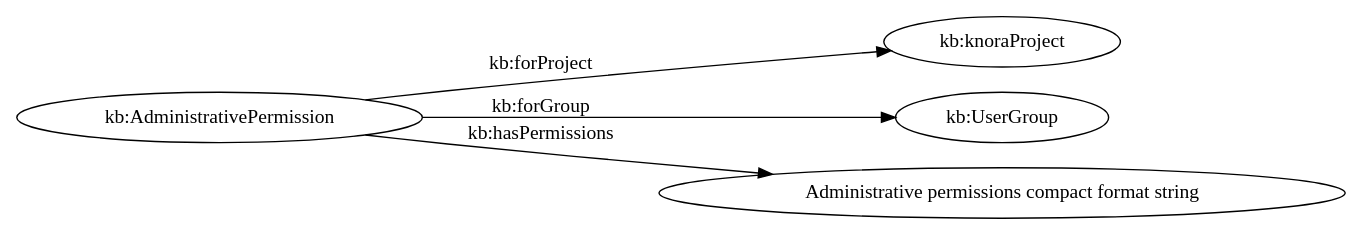
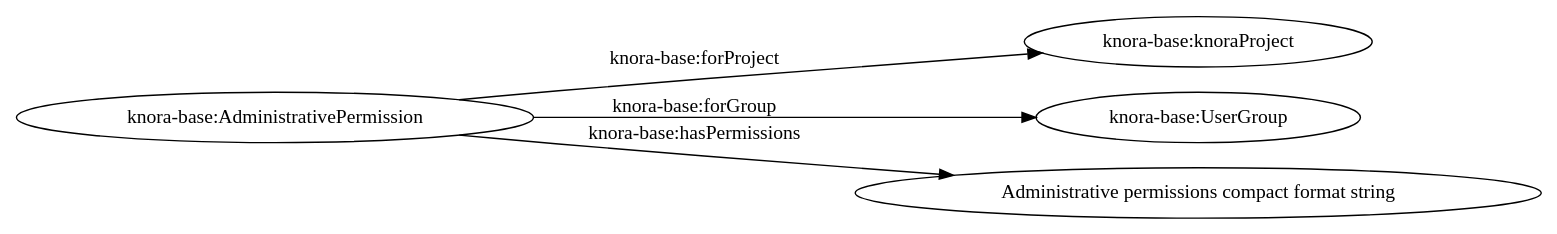
Before and after one commit to dasch-swiss/dsp-api: the fifth of 6 diagrams in docs/rst/knora-api-server/design-documentation/administration.rst, drawn with Graphviz. The commit also changed other lines of this file and 27 other files, not shown here.

```diff
--- a/docs/rst/knora-api-server/design-documentation/administration.rst
+++ b/docs/rst/knora-api-server/design-documentation/administration.rst
@@ -499,14 +498,14 @@
 .. graphviz::
 
    digraph AdministrativePermissions {
      rankdir="LR"
      
-     ap [label="kb:AdministrativePermission"]
-     kp [label="kb:knoraProject"]
-     ug [label="kb:UserGroup"]
+     ap [label="knora-base:AdministrativePermission"]
+     kp [label="knora-base:knoraProject"]
+     ug [label="knora-base:UserGroup"]
      
-     ap -> kp [ label="kb:forProject" ]
-     ap -> ug [ label="kb:forGroup" ]
+     ap -> kp [ label="knora-base:forProject" ]
+     ap -> ug [ label="knora-base:forGroup" ]
      
-     ap -> "Administrative permissions compact format string" [ label="kb:hasPermissions" ]
+     ap -> "Administrative permissions compact format string" [ label="knora-base:hasPermissions" ]
    }
```
